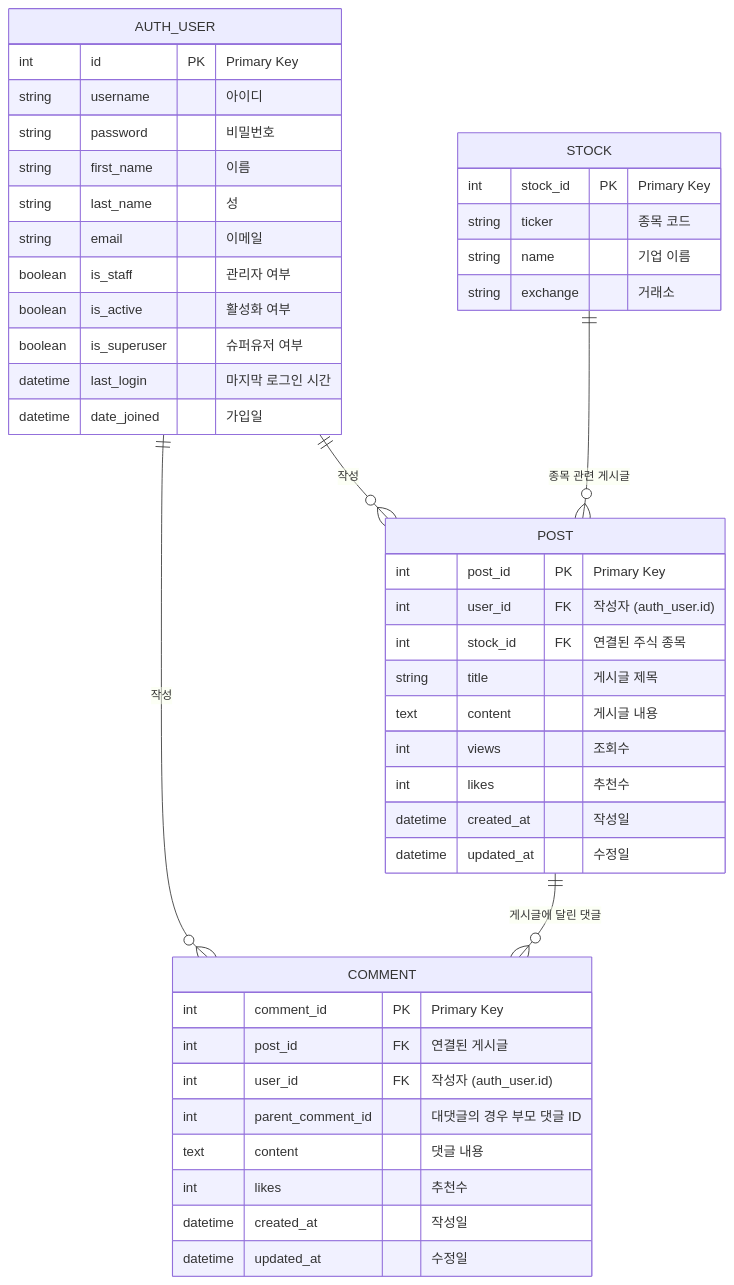
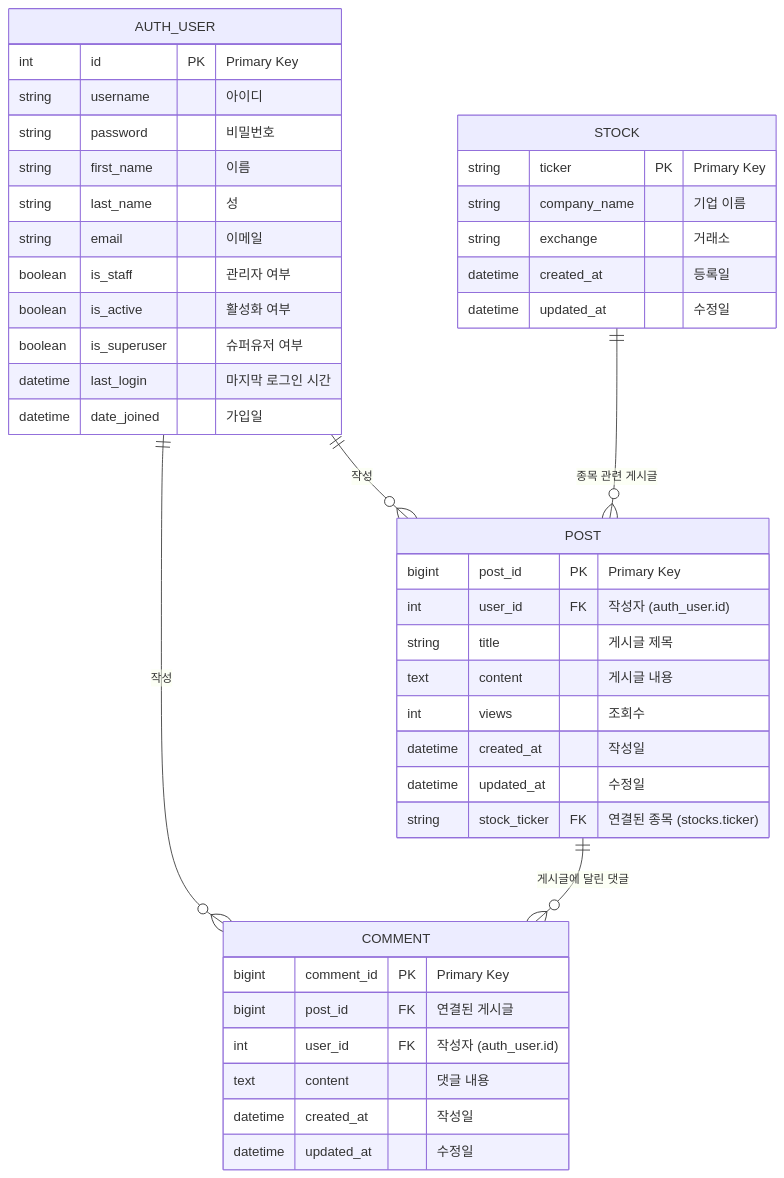
Before and after one commit to Donggyu-Kim1/stalk: the third of 3 diagrams in README.md, drawn with Mermaid. The commit also changed other lines of this file, not shown here.

````diff
--- a/README.md
+++ b/README.md
@@ -255,51 +258,49 @@
 ```mermaid
 erDiagram
     AUTH_USER {
         int id PK "Primary Key"
         string username "아이디"
         string password "비밀번호"
         string first_name "이름"
         string last_name "성"
         string email "이메일"
         boolean is_staff "관리자 여부"
         boolean is_active "활성화 여부"
         boolean is_superuser "슈퍼유저 여부"
         datetime last_login "마지막 로그인 시간"
         datetime date_joined "가입일"
     }
 
     POST {
-        int post_id PK "Primary Key"
+        bigint post_id PK "Primary Key"
         int user_id FK "작성자 (auth_user.id)"
-        int stock_id FK "연결된 주식 종목"
         string title "게시글 제목"
         text content "게시글 내용"
         int views "조회수"
-        int likes "추천수"
         datetime created_at "작성일"
         datetime updated_at "수정일"
+        string stock_ticker FK "연결된 종목 (stocks.ticker)"
     }
 
     COMMENT {
-        int comment_id PK "Primary Key"
-        int post_id FK "연결된 게시글"
+        bigint comment_id PK "Primary Key"
+        bigint post_id FK "연결된 게시글"
         int user_id FK "작성자 (auth_user.id)"
-        int parent_comment_id "대댓글의 경우 부모 댓글 ID"
         text content "댓글 내용"
-        int likes "추천수"
         datetime created_at "작성일"
         datetime updated_at "수정일"
     }
 
     STOCK {
-        int stock_id PK "Primary Key"
-        string ticker "종목 코드"
-        string name "기업 이름"
+        string ticker PK "Primary Key"
+        string company_name "기업 이름"
         string exchange "거래소"
+        datetime created_at "등록일"
+        datetime updated_at "수정일"
     }
 
     AUTH_USER ||--o{ POST : "작성"
     AUTH_USER ||--o{ COMMENT : "작성"
     POST ||--o{ COMMENT : "게시글에 달린 댓글"
     STOCK ||--o{ POST : "종목 관련 게시글"
 ```
````
